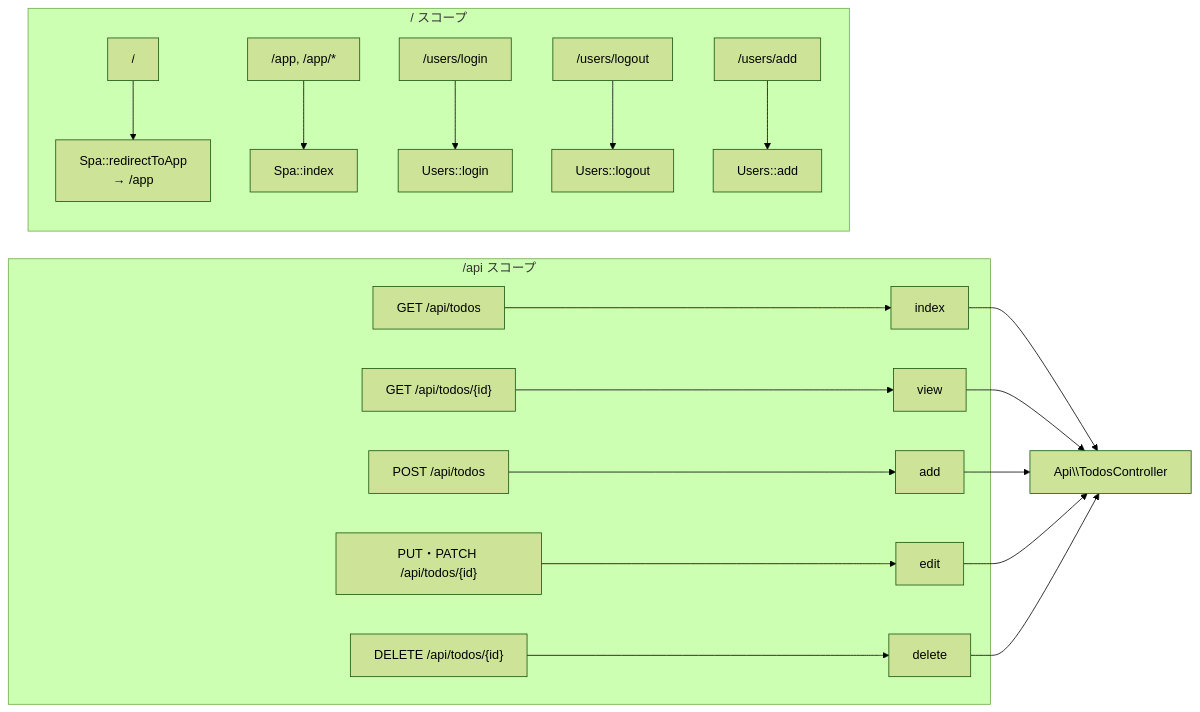
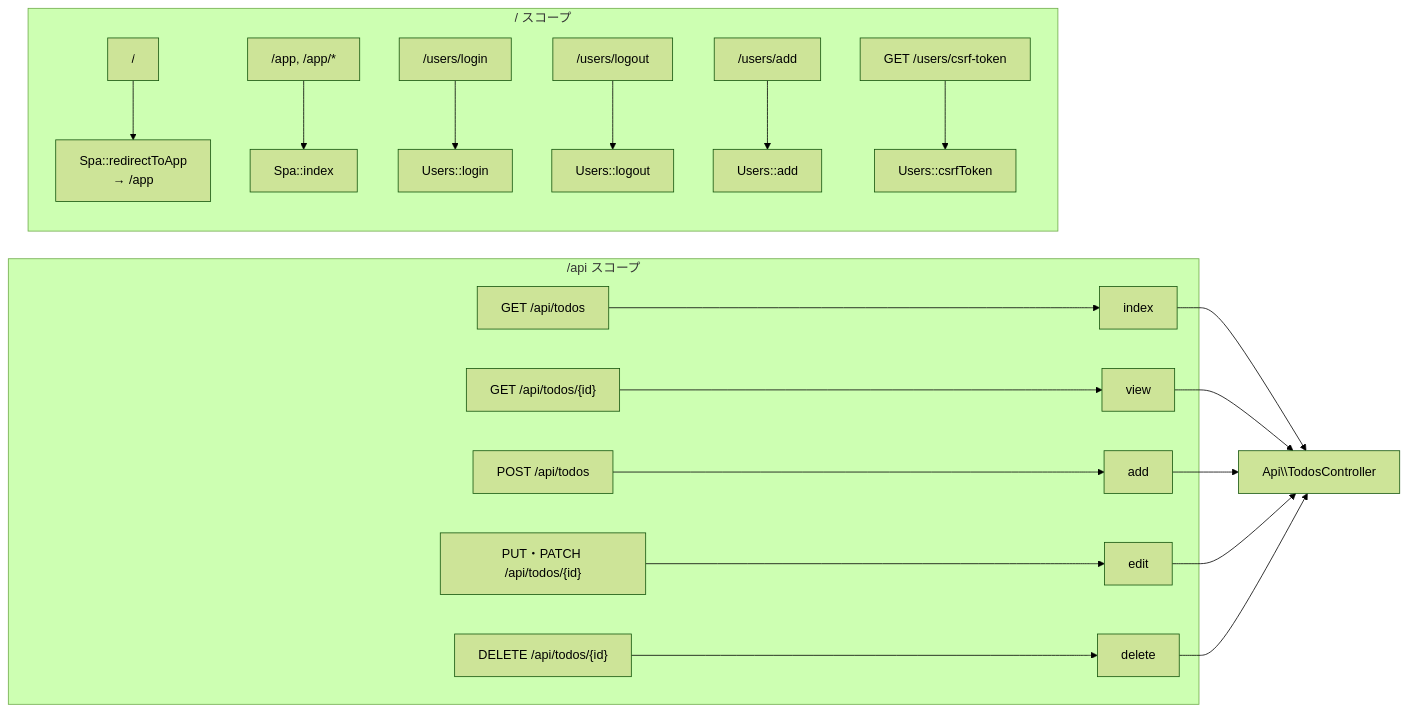
One commit to moritam/cakephp-test changed the sixth of 10 diagrams in docs/ARCHITECTURE.md. Above: the diagram before and after it, drawn with Mermaid (forest theme). The commit also changed other lines of this file and 8 other files, not shown here.

````diff
--- a/docs/ARCHITECTURE.md
+++ b/docs/ARCHITECTURE.md
@@ -125,20 +146,21 @@
 ```mermaid
 flowchart LR
     subgraph API["/api スコープ"]
         A1["GET /api/todos"] --> ATI["index"]
         A2["GET /api/todos/{id}"] --> ATV["view"]
         A3["POST /api/todos"] --> ATA["add"]
         A4["PUT・PATCH /api/todos/{id}"] --> ATE["edit"]
         A5["DELETE /api/todos/{id}"] --> ATD["delete"]
     end
 
     subgraph Root["/ スコープ"]
         R0["/"] --> SR["Spa::redirectToApp<br/>→ /app"]
         R1["/app, /app/*"] --> SI["Spa::index"]
         R2["/users/login"] --> UL["Users::login"]
         R3["/users/logout"] --> UO["Users::logout"]
         R4["/users/add"] --> UA["Users::add"]
+        R5["GET /users/csrf-token"] --> UC["Users::csrfToken"]
     end
 
     ATI & ATV & ATA & ATE & ATD --> ATC["Api\\TodosController"]
 ```
````
